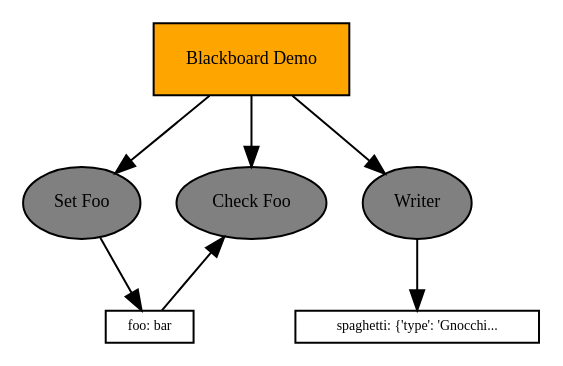
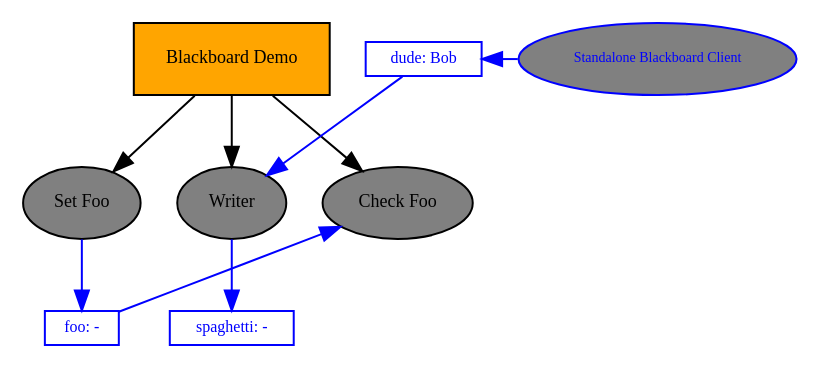
Before and after one commit to splintered-reality/py_trees: the diagram in doc/dot/demo-blackboard.dot, drawn with Graphviz. The commit also changed 1 other file, not shown here.

```diff
--- a/doc/dot/demo-blackboard.dot
+++ b/doc/dot/demo-blackboard.dot
@@ -1,25 +1,29 @@
 digraph pastafarianism {
 graph [fontname="times-roman"];
 node [fontname="times-roman"];
 edge [fontname="times-roman"];
 "Blackboard Demo" [label="Blackboard Demo", shape=box, style=filled, fillcolor=orange, fontsize=9, fontcolor=black];
 "Set Foo" [label="Set Foo", shape=ellipse, style=filled, fillcolor=gray, fontsize=9, fontcolor=black];
 "Blackboard Demo" -> "Set Foo";
 Writer [label=Writer, shape=ellipse, style=filled, fillcolor=gray, fontsize=9, fontcolor=black];
 "Blackboard Demo" -> Writer;
 "Check Foo" [label="Check Foo", shape=ellipse, style=filled, fillcolor=gray, fontsize=9, fontcolor=black];
 "Blackboard Demo" -> "Check Foo";
 subgraph  {
 label="children_of_Blackboard Demo";
 rank=same;
 "Set Foo" [label="Set Foo", shape=ellipse, style=filled, fillcolor=gray, fontsize=9, fontcolor=black];
 Writer [label=Writer, shape=ellipse, style=filled, fillcolor=gray, fontsize=9, fontcolor=black];
 "Check Foo" [label="Check Foo", shape=ellipse, style=filled, fillcolor=gray, fontsize=9, fontcolor=black];
 }
 
-foo [label="foo: bar", shape=box, style=filled, fillcolor=white, fontsize=7, fontcolor=black, width=0, height=0, fixedsize=False];
-foo -> "Check Foo";
-"Set Foo" -> foo;
-spaghetti [label="spaghetti: {'type': 'Gnocchi...", shape=box, style=filled, fillcolor=white, fontsize=7, fontcolor=black, width=0, height=0, fixedsize=False];
-Writer -> spaghetti;
+"Standalone Blackboard Client" [label="Standalone Blackboard Client", shape=ellipse, style=filled, color=blue, fillcolor=gray, fontsize=7, fontcolor=blue];
+dude [label="dude: Bob", shape=box, style=filled, color=blue, fillcolor=white, fontsize=8, fontcolor=blue, width=0, height=0, fixedsize=False];
+dude -> Writer  [color=blue, constraint=False];
+"Standalone Blackboard Client" -> dude  [color=blue, constraint=False];
+foo [label="foo: -", shape=box, style=filled, color=blue, fillcolor=white, fontsize=8, fontcolor=blue, width=0, height=0, fixedsize=False];
+foo -> "Check Foo"  [color=blue, constraint=False];
+"Set Foo" -> foo  [color=blue, constraint=True];
+spaghetti [label="spaghetti: -", shape=box, style=filled, color=blue, fillcolor=white, fontsize=8, fontcolor=blue, width=0, height=0, fixedsize=False];
+Writer -> spaghetti  [color=blue, constraint=True];
 }
```
